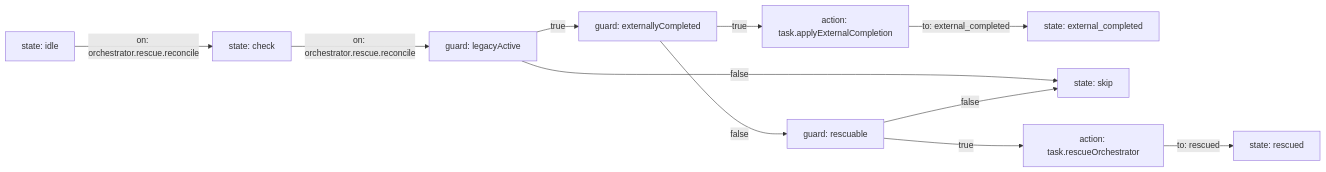
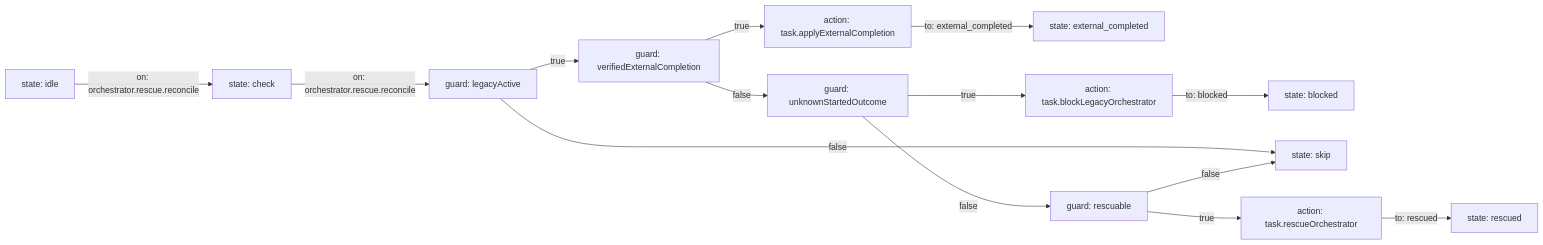
The diagram in workflow/orchestrator-rescue.mmd (lalalic/agents-relay), drawn with Mermaid before and after one commit. The commit also changed 8 other files, not shown here.

Commit message:
relay: quarantine ambiguous legacy executions

```diff
--- a/workflow/orchestrator-rescue.mmd
+++ b/workflow/orchestrator-rescue.mmd
@@ -1,22 +1,28 @@
 flowchart LR
 %% relay: initial idle
 idle["state: idle"]
 check["state: check"]
 external["state: external_completed"]
+blocked["state: blocked"]
 skip["state: skip"]
 rescued["state: rescued"]
 legacyActive["guard: legacyActive"]
-externallyCompleted["guard: externallyCompleted"]
+verifiedExternalCompletion["guard: verifiedExternalCompletion"]
+unknownStartedOutcome["guard: unknownStartedOutcome"]
 rescuable["guard: rescuable"]
 rescue["action: task.rescueOrchestrator"]
 externalCompletion["action: task.applyExternalCompletion"]
+quarantine["action: task.blockLegacyOrchestrator"]
 idle -->|on: orchestrator.rescue.reconcile| check
 check -->|on: orchestrator.rescue.reconcile| legacyActive
 legacyActive -->|false| skip
-legacyActive -->|true| externallyCompleted
-externallyCompleted -->|true| externalCompletion
+legacyActive -->|true| verifiedExternalCompletion
+verifiedExternalCompletion -->|true| externalCompletion
 externalCompletion -->|to: external_completed| external
-externallyCompleted -->|false| rescuable
+verifiedExternalCompletion -->|false| unknownStartedOutcome
+unknownStartedOutcome -->|true| quarantine
+quarantine -->|to: blocked| blocked
+unknownStartedOutcome -->|false| rescuable
 rescuable -->|false| skip
 rescuable -->|true| rescue
 rescue -->|to: rescued| rescued
```
